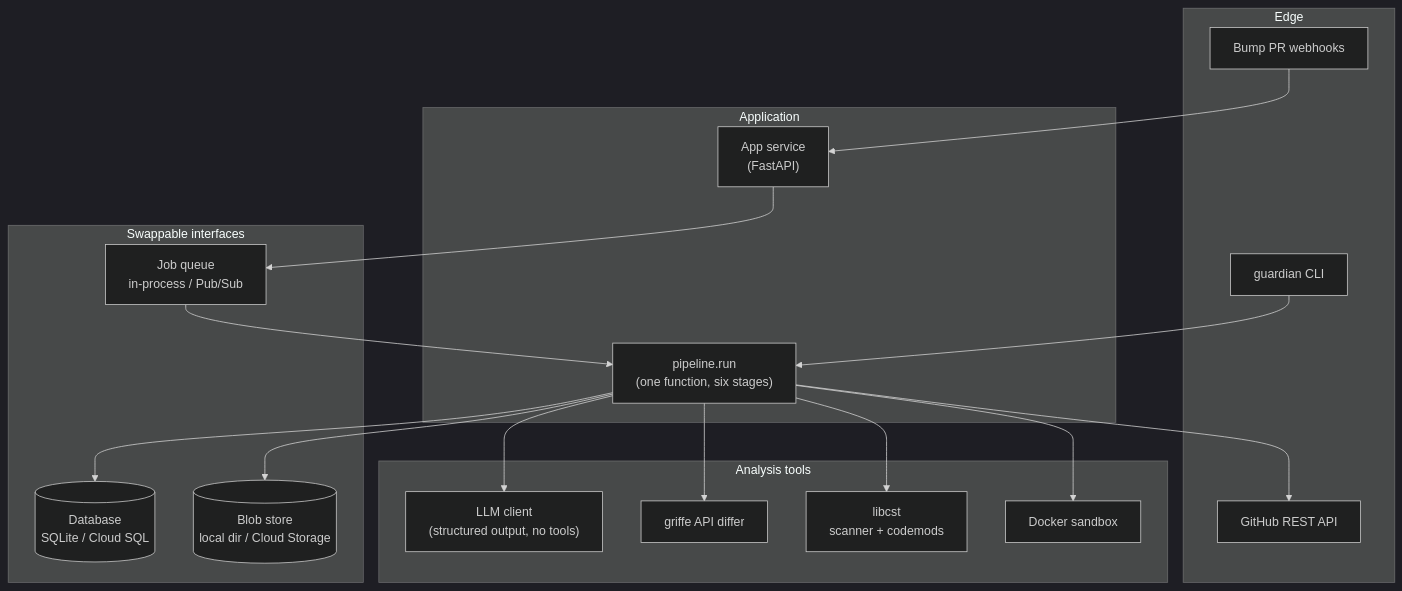
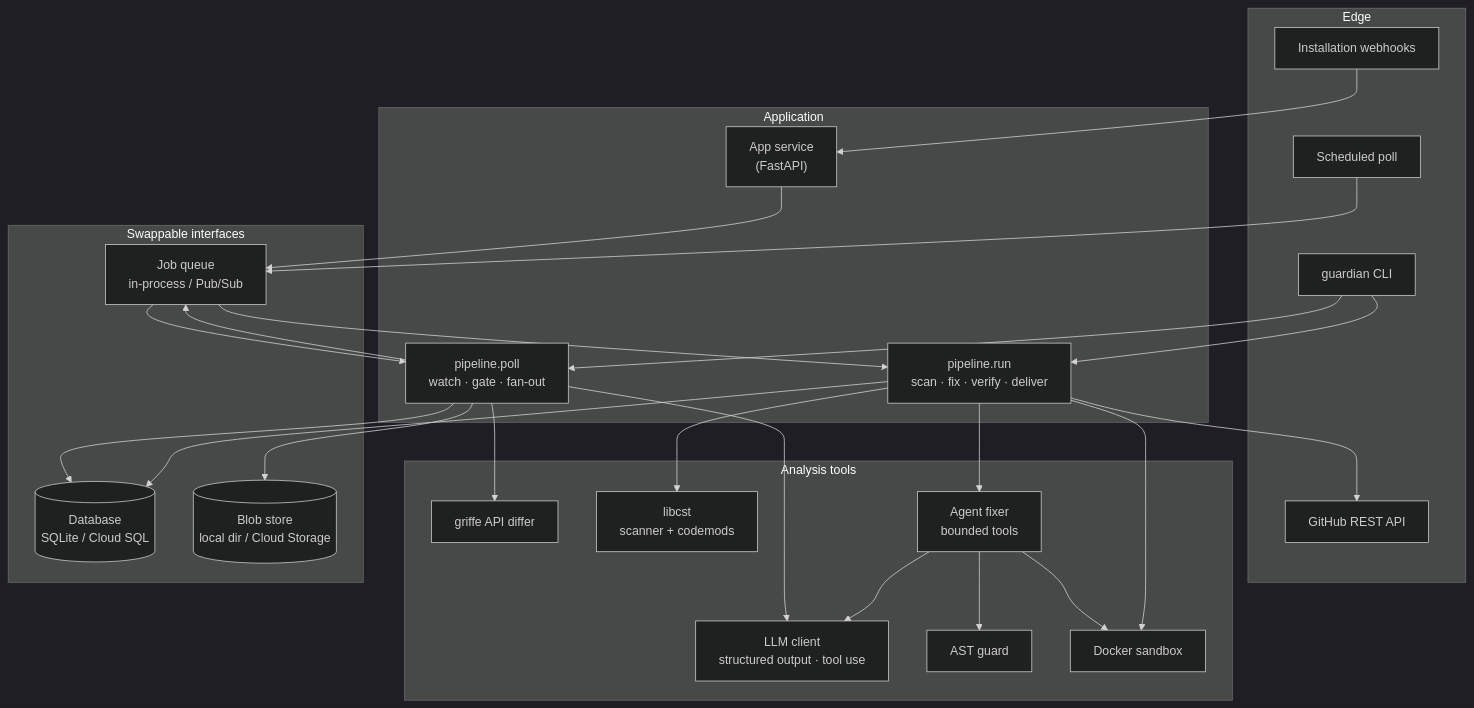
The second of 6 diagrams in docs/architecture.md (kavish924/API_agent), drawn with Mermaid (dark theme) before and after one commit. The commit also changed other lines of this file and 17 other files, not shown here.

````diff
--- a/docs/architecture.md
+++ b/docs/architecture.md
@@ -64,33 +69,45 @@
 ```mermaid
 flowchart TB
     subgraph Edge["Edge"]
-        WEBHOOK["Bump PR webhooks"]
+        SCHED["Scheduled poll"]
+        WEBHOOK["Installation webhooks"]
         GHAPI["GitHub REST API"]
         CLI["guardian CLI"]
     end
     subgraph App["Application"]
         SVC["App service<br/>(FastAPI)"]
-        PIPE["pipeline.run<br/>(one function, six stages)"]
+        POLL["pipeline.poll<br/>watch · gate · fan-out"]
+        RUN["pipeline.run<br/>scan · fix · verify · deliver"]
     end
     subgraph Tools["Analysis tools"]
-        LLM["LLM client<br/>(structured output, no tools)"]
+        LLM["LLM client<br/>structured output · tool use"]
         GRIFFE["griffe API differ"]
         LIBCST["libcst<br/>scanner + codemods"]
+        AGENT["Agent fixer<br/>bounded tools"]
+        GUARD["AST guard"]
         SBX["Docker sandbox"]
     end
     subgraph Interfaces["Swappable interfaces"]
         DB[("Database<br/>SQLite / Cloud SQL")]
         QUEUE["Job queue<br/>in-process / Pub/Sub"]
         BLOB[("Blob store<br/>local dir / Cloud Storage")]
     end
 
-    WEBHOOK --> SVC --> QUEUE --> PIPE
-    CLI --> PIPE
-    PIPE --> GHAPI
-    PIPE --> LLM
-    PIPE --> GRIFFE
-    PIPE --> LIBCST
-    PIPE --> SBX
-    PIPE --> DB
-    PIPE --> BLOB
+    SCHED --> QUEUE
+    WEBHOOK --> SVC --> QUEUE
+    QUEUE --> POLL --> QUEUE
+    QUEUE --> RUN
+    CLI --> POLL
+    CLI --> RUN
+    POLL --> LLM
+    POLL --> GRIFFE
+    RUN --> LIBCST
+    RUN --> AGENT --> GUARD
+    AGENT --> LLM
+    AGENT --> SBX
+    RUN --> SBX
+    RUN --> GHAPI
+    POLL --> DB
+    RUN --> DB
+    POLL --> BLOB
 ```
````
